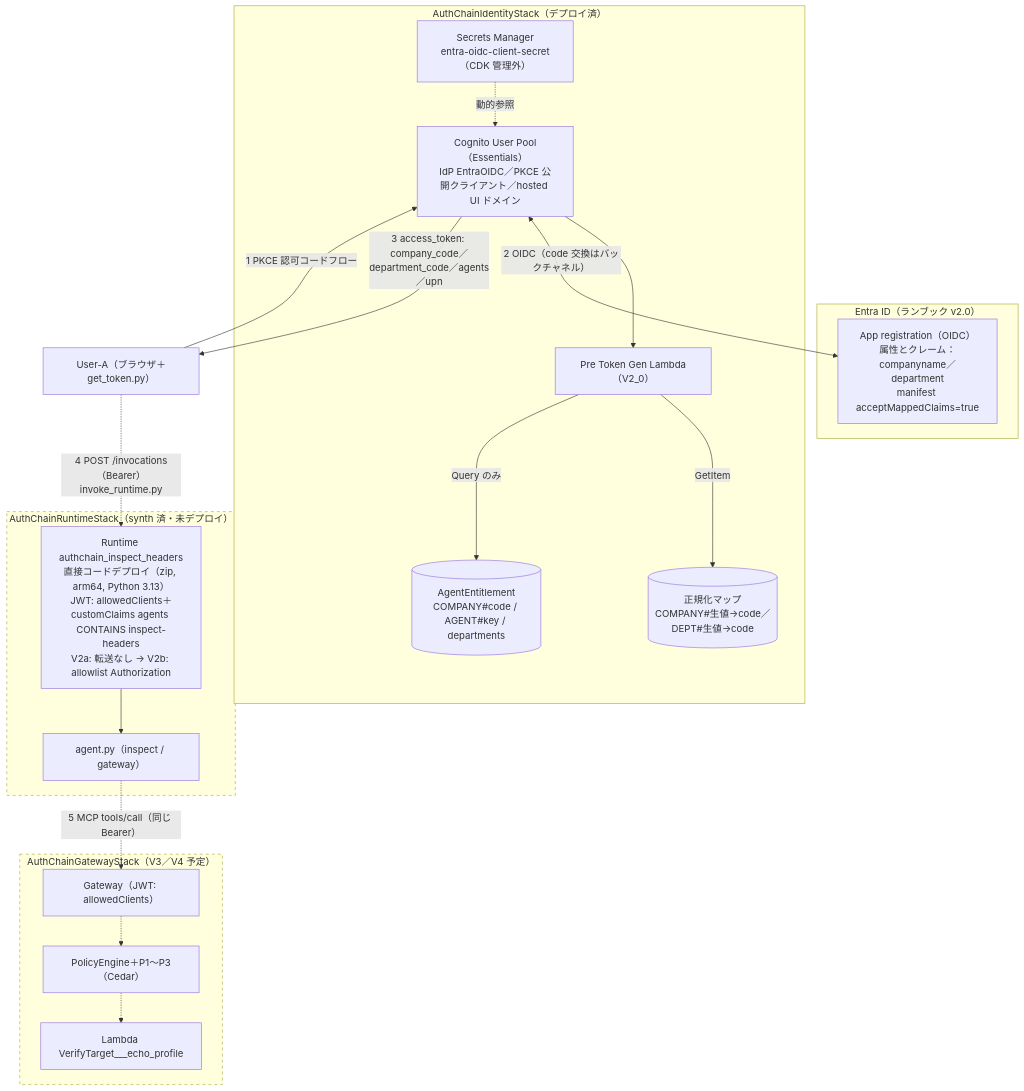
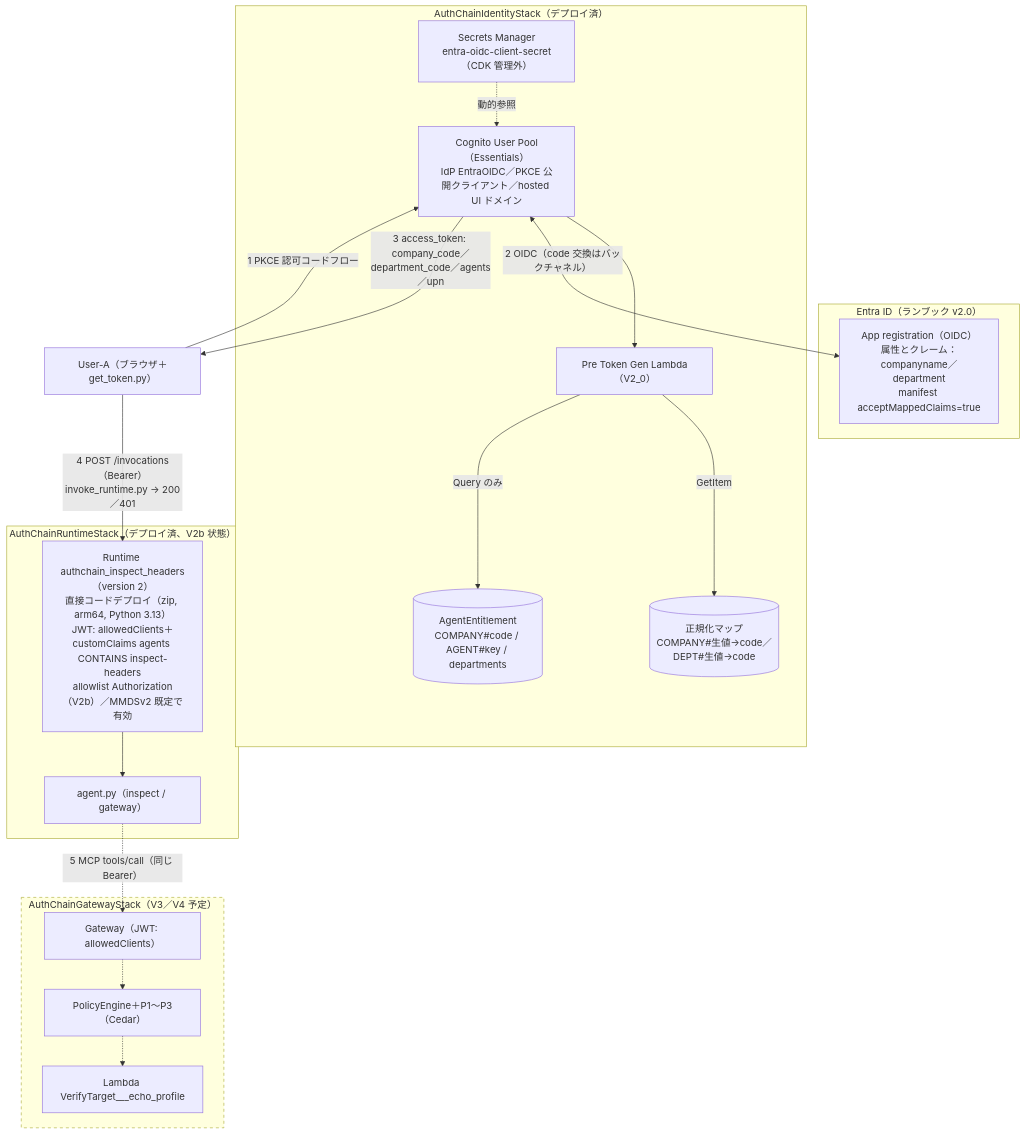
Before and after one commit to yuki-m1216/Training: the second of 3 diagrams in CDK/agentcore-authchain/docs/整理_システム全体像_v1_0.md, drawn with Mermaid. The commit also changed other lines of this file and 9 other files, not shown here.

First line of the commit message:
feat(agentcore-authchain): V2 完了 — Runtime デプロイ（V2a→V2b）、壊す実験 4 種（全 401）、MMDSv2 既定 true を実測

````diff
--- a/CDK/agentcore-authchain/docs/整理_システム全体像_v1_0.md
+++ b/CDK/agentcore-authchain/docs/整理_システム全体像_v1_0.md
@@ -51,35 +51,35 @@
 ```mermaid
 flowchart TB
     subgraph ENTRA["Entra ID（ランブック v2.0）"]
         E1["App registration（OIDC）<br/>属性とクレーム：companyname／department<br/>manifest acceptMappedClaims=true"]
     end
     subgraph IDS["AuthChainIdentityStack（デプロイ済）"]
         C1["Cognito User Pool（Essentials）<br/>IdP EntraOIDC／PKCE 公開クライアント／hosted UI ドメイン"]
         L1["Pre Token Gen Lambda（V2_0）"]
         D1[("正規化マップ<br/>COMPANY#生値→code／DEPT#生値→code")]
         D2[("AgentEntitlement<br/>COMPANY#code / AGENT#key / departments")]
         S1["Secrets Manager<br/>entra-oidc-client-secret（CDK 管理外）"]
         C1 --> L1
         L1 -->|GetItem| D1
         L1 -->|Query のみ| D2
         S1 -.->|動的参照| C1
     end
-    subgraph RTS["AuthChainRuntimeStack（synth 済・未デプロイ）"]
-        R1["Runtime authchain_inspect_headers<br/>直接コードデプロイ（zip, arm64, Python 3.13）<br/>JWT: allowedClients＋customClaims agents CONTAINS inspect-headers<br/>V2a: 転送なし → V2b: allowlist Authorization"]
+    subgraph RTS["AuthChainRuntimeStack（デプロイ済、V2b 状態）"]
+        R1["Runtime authchain_inspect_headers（version 2）<br/>直接コードデプロイ（zip, arm64, Python 3.13）<br/>JWT: allowedClients＋customClaims agents CONTAINS inspect-headers<br/>allowlist Authorization（V2b）／MMDSv2 既定で有効"]
         R2["agent.py（inspect / gateway）"]
         R1 --> R2
     end
     subgraph GWS["AuthChainGatewayStack（V3／V4 予定）"]
         G1["Gateway（JWT: allowedClients）"]
         G2["PolicyEngine＋P1〜P3（Cedar）"]
         G3["Lambda VerifyTarget___echo_profile"]
         G1 -.-> G2 -.-> G3
     end
     U["User-A（ブラウザ＋get_token.py）"] -->|"1 PKCE 認可コードフロー"| C1
     C1 <-->|"2 OIDC（code 交換はバックチャネル）"| E1
     C1 -->|"3 access_token: company_code／department_code／agents／upn"| U
-    U -.->|"4 POST /invocations（Bearer）invoke_runtime.py"| R1
+    U -->|"4 POST /invocations（Bearer）invoke_runtime.py → 200／401"| R1
     R2 -.->|"5 MCP tools/call（同じ Bearer）"| G1
     classDef planned stroke-dasharray: 5 5
-    class RTS,GWS planned
+    class GWS planned
 ```
````
